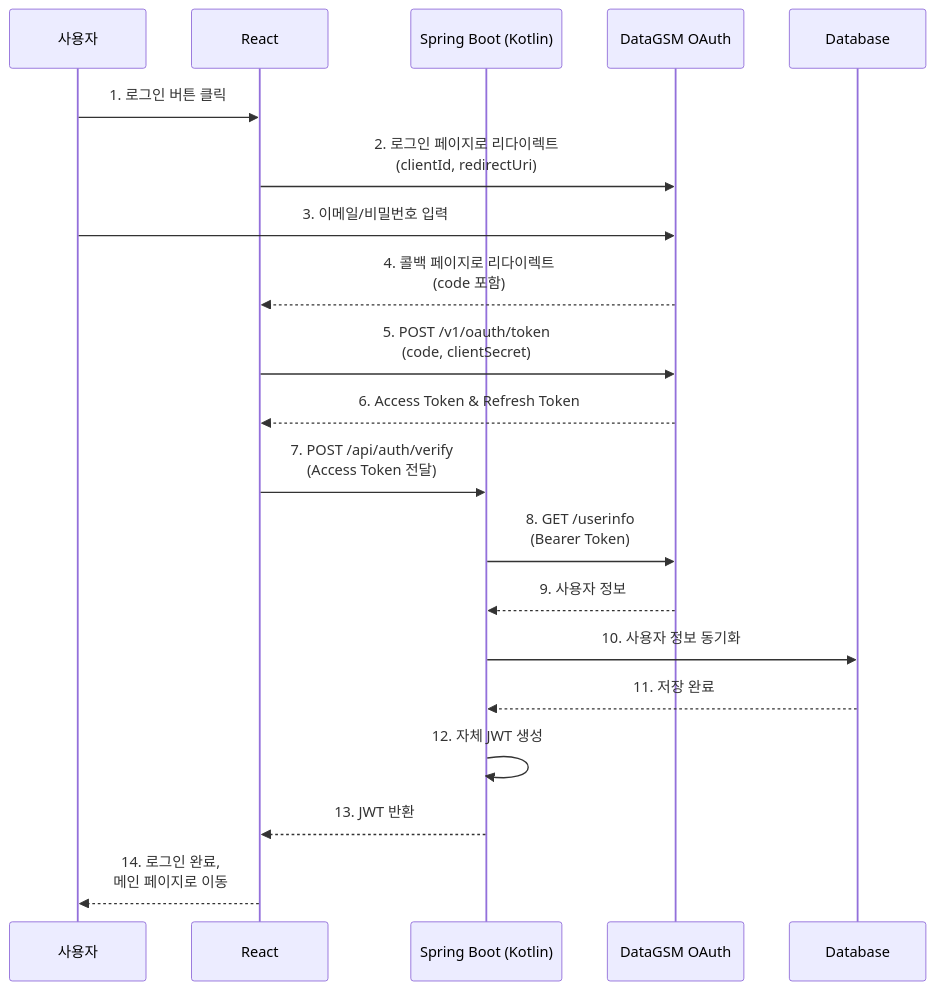
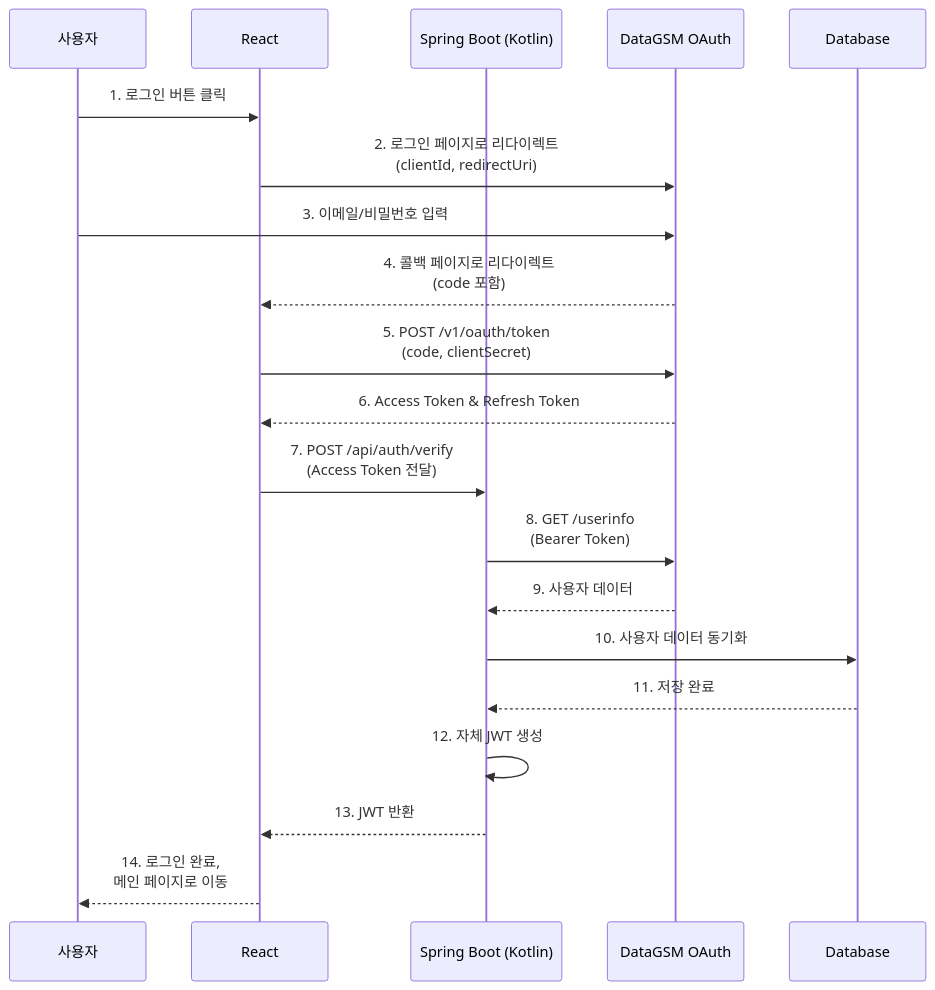
Before and after one commit to themoment-team/datagsm-front: the second of 4 diagrams in apps/docs/src/app/oauth/examples/react-spring-boot-kotlin/page.mdx, drawn with Mermaid. The commit also changed other lines of this file and 31 other files, not shown here.

````diff
--- a/apps/docs/src/app/oauth/examples/react-spring-boot-kotlin/page.mdx
+++ b/apps/docs/src/app/oauth/examples/react-spring-boot-kotlin/page.mdx
@@ -61,23 +61,23 @@
 ```mermaid
 sequenceDiagram
     participant U as 사용자
     participant R as React
     participant K as Spring Boot (Kotlin)
     participant O as DataGSM OAuth
     participant D as Database
 
     U->>R: 1. 로그인 버튼 클릭
     R->>O: 2. 로그인 페이지로 리다이렉트<br/>(clientId, redirectUri)
     U->>O: 3. 이메일/비밀번호 입력
     O-->>R: 4. 콜백 페이지로 리다이렉트<br/>(code 포함)
     R->>O: 5. POST /v1/oauth/token<br/>(code, clientSecret)
     O-->>R: 6. Access Token & Refresh Token
     R->>K: 7. POST /api/auth/verify<br/>(Access Token 전달)
     K->>O: 8. GET /userinfo<br/>(Bearer Token)
-    O-->>K: 9. 사용자 정보
-    K->>D: 10. 사용자 정보 동기화
+    O-->>K: 9. 사용자 데이터
+    K->>D: 10. 사용자 데이터 동기화
     D-->>K: 11. 저장 완료
     K->>K: 12. 자체 JWT 생성
     K-->>R: 13. JWT 반환
     R-->>U: 14. 로그인 완료,<br/>메인 페이지로 이동
 ```
````
